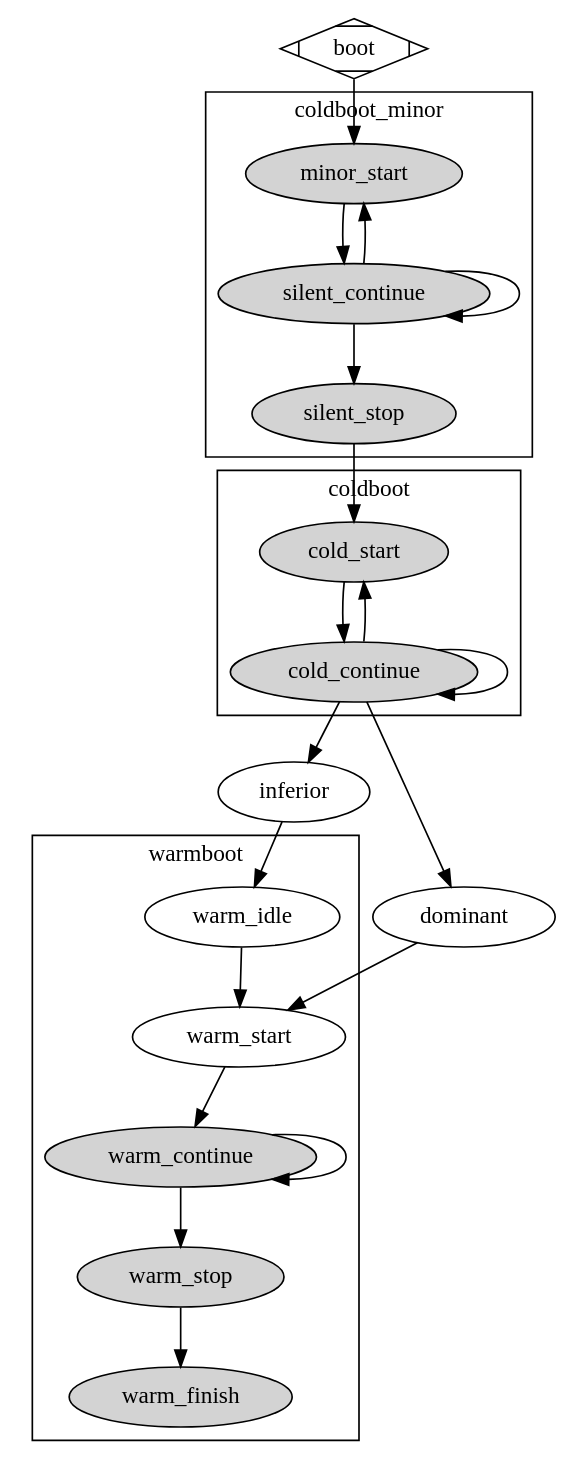
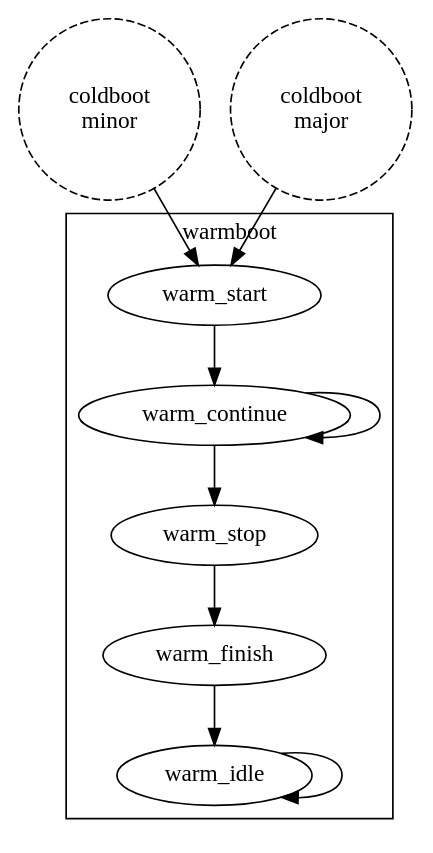
The diagram in docs/warmboot.dot (8bitgeek/libezbus), drawn with Graphviz before and after one commit. The commit also changed 6 other files, not shown here.

```diff
--- a/docs/warmboot.dot
+++ b/docs/warmboot.dot
@@ -1,48 +1,22 @@
-digraph boot0 
+digraph boot1 
 {
-    boot [shape=Mdiamond];
 
-    subgraph cluster_coldboot_minor 
-    {
-        label = "coldboot_minor";
-        node [style=filled];
+    coldboot_minor [shape=circle,style=dashed,label="coldboot\nminor"];
+    coldboot_major [shape=circle,style=dashed,label="coldboot\nmajor"];
 
-        minor_start -> silent_continue;
-        silent_continue -> silent_continue;
-        silent_continue -> silent_stop;
-        silent_continue -> minor_start;
-    }
-
-    subgraph cluster_coldboot
-    {
-        label = "coldboot";
-        node [style=filled];
-
-        cold_start ->cold_continue;
-        cold_continue -> cold_continue;
-        cold_continue -> cold_start;
-    }
-
-    silent_stop -> cold_start;
-    boot -> minor_start;
-    cold_continue -> inferior;
-    cold_continue -> dominant;
-
-    inferior -> warm_idle;
-    dominant -> warm_start;
+    coldboot_minor -> warm_start;
+    coldboot_major -> warm_start;
 
     subgraph cluster_warmboot
     {
         label = "warmboot";
-        node [style=filled];
 
-        warm_idle -> warm_start;
+        warm_idle -> warm_idle;
         warm_start -> warm_continue;
         warm_continue -> warm_continue;
         warm_continue -> warm_stop;
         warm_stop -> warm_finish;
+        warm_finish -> warm_idle;
     }
 
-
-
 }
```
